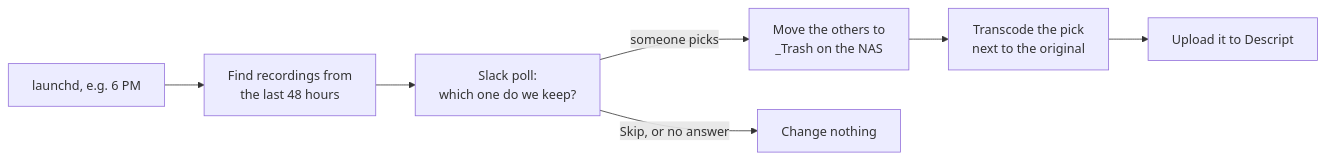
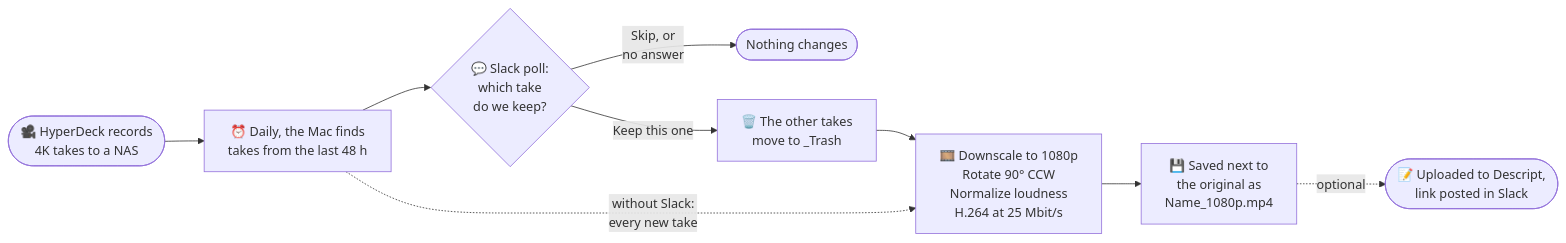
One commit to dawsontoth/transcoder-bot changed the diagram in README.md. Above: the diagram before and after it, drawn with Mermaid. The commit also changed other lines of this file and 5 other files, not shown here.

First line of the commit message:
Reorganize docs for going public; add flowchart and prompt history

````diff
--- a/README.md
+++ b/README.md
@@ -15,9 +5,11 @@
 ```mermaid
 flowchart LR
-    A["launchd, e.g. 6 PM"] --> B["Find recordings from<br/>the last 48 hours"]
-    B --> C["Slack poll:<br/>which one do we keep?"]
-    C -- "someone picks" --> D["Move the others to<br/>_Trash on the NAS"]
-    D --> E["Transcode the pick<br/>next to the original"]
-    E --> G["Upload it to Descript"]
-    C -- "Skip, or no answer" --> F["Change nothing"]
+    rec(["🎥 HyperDeck records<br/>4K takes to a NAS"]) --> scan["⏰ Daily, the Mac finds<br/>takes from the last 48 h"]
+    scan --> poll{"💬 Slack poll:<br/>which take<br/>do we keep?"}
+    poll -- "Skip, or<br/>no answer" --> keep(["Nothing changes"])
+    poll -- "Keep this one" --> trash["🗑️ The other takes<br/>move to _Trash"]
+    trash --> tx["🎞️ Downscale to 1080p<br/>Rotate 90° CCW<br/>Normalize loudness<br/>H.264 at 25 Mbit/s"]
+    scan -. "without Slack:<br/>every new take" .-> tx
+    tx --> save["💾 Saved next to<br/>the original as<br/>Name_1080p.mp4"]
+    save -. "optional" .-> up(["📝 Uploaded to Descript,<br/>link posted in Slack"])
 ```
````
